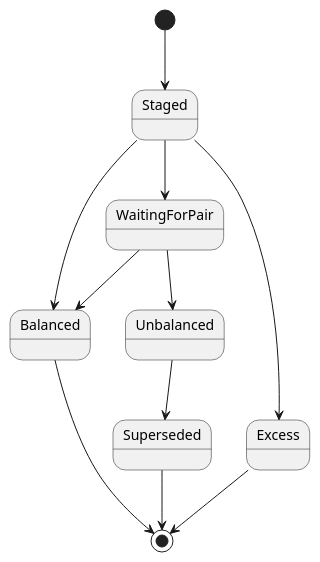
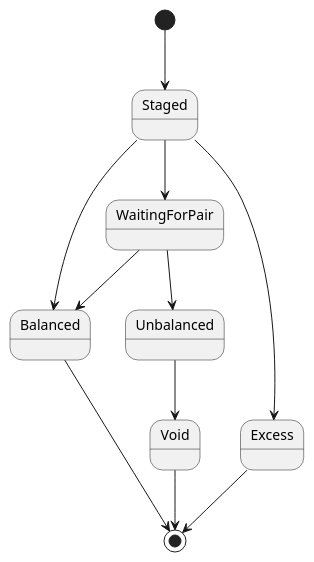
Before and after one commit to zr01/ledgee: the first of 6 diagrams in .doco/sequences/reconciliation.md, drawn with PlantUML. The commit also changed other lines of this file and 10 other files, not shown here.

````diff
--- a/.doco/sequences/reconciliation.md
+++ b/.doco/sequences/reconciliation.md
@@ -5,18 +5,18 @@
 ```plantuml
 @startuml
 
 [*] --> Staged
 Staged --> WaitingForPair
 Staged --> Balanced
 WaitingForPair --> Balanced
 WaitingForPair --> Unbalanced
 
 Staged --> Excess
 Excess --> [*]
 Balanced --> [*]
 
-Unbalanced --> Superseded
-Superseded --> [*]
+Unbalanced --> Void
+Void --> [*]
 
 @enduml
 ```
````
